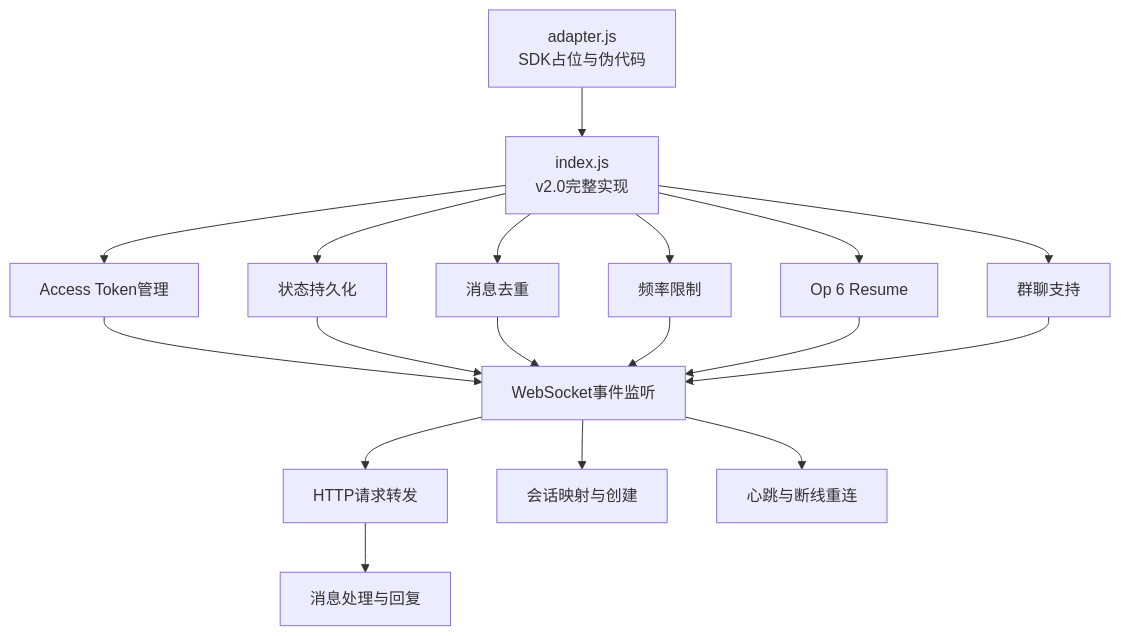
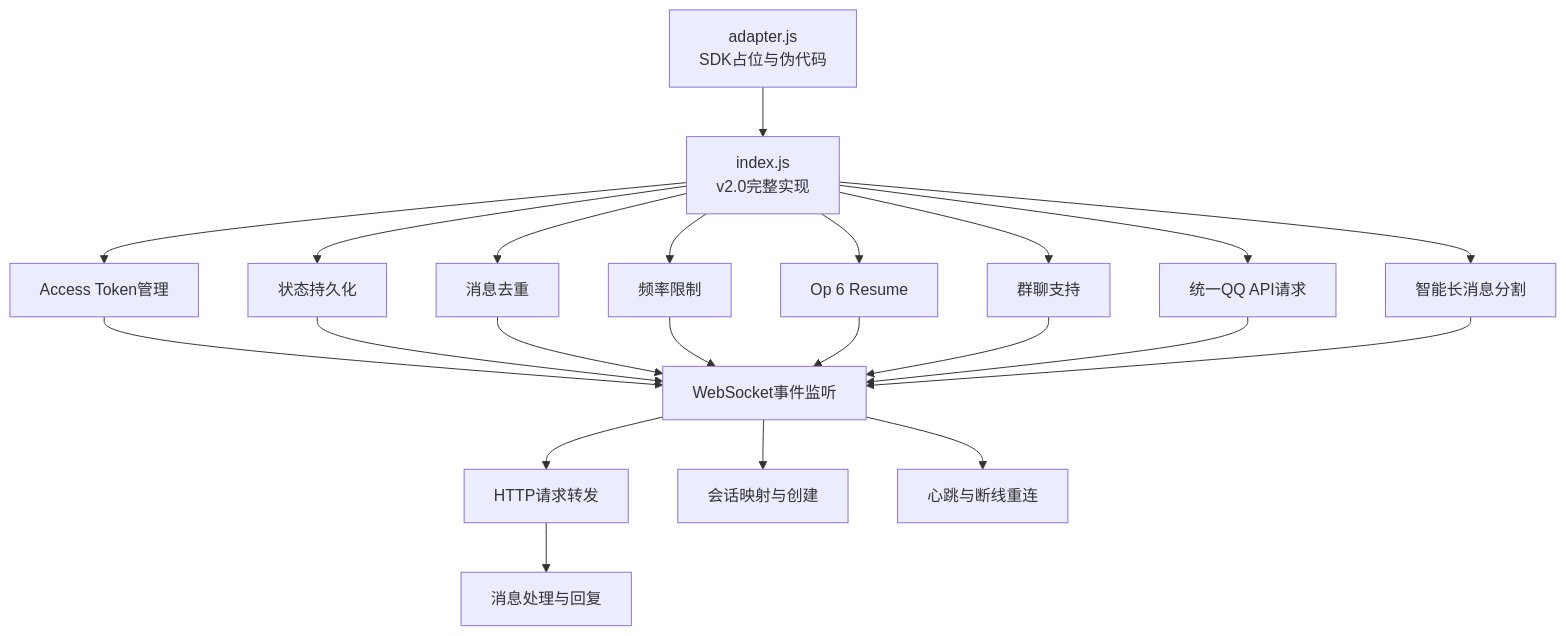
The third of 14 diagrams in .qoder/repowiki/zh/content/多平台适配器/QQ机器人适配器.md (L1mingyoung/ex), drawn with Mermaid before and after one commit. The commit also changed other lines of this file and 13 other files, not shown here.

````diff
--- a/.qoder/repowiki/zh/content/多平台适配器/QQ机器人适配器.md
+++ b/.qoder/repowiki/zh/content/多平台适配器/QQ机器人适配器.md
@@ -152,20 +155,24 @@
 ```mermaid
 flowchart TD
 A["adapter.js<br/>SDK占位与伪代码"] --> B["index.js<br/>v2.0完整实现"]
 B --> C["Access Token管理"]
 B --> D["状态持久化"]
 B --> E["消息去重"]
 B --> F["频率限制"]
 B --> G["Op 6 Resume"]
 B --> H["群聊支持"]
-C --> I["WebSocket事件监听"]
-D --> I
-E --> I
-F --> I
-G --> I
-H --> I
-I --> J["HTTP请求转发"]
-I --> K["会话映射与创建"]
-I --> L["心跳与断线重连"]
-J --> M["消息处理与回复"]
+B --> I["统一QQ API请求"]
+B --> J["智能长消息分割"]
+C --> K["WebSocket事件监听"]
+D --> K
+E --> K
+F --> K
+G --> K
+H --> K
+I --> K
+J --> K
+K --> L["HTTP请求转发"]
+K --> M["会话映射与创建"]
+K --> N["心跳与断线重连"]
+L --> O["消息处理与回复"]
 ```
````
